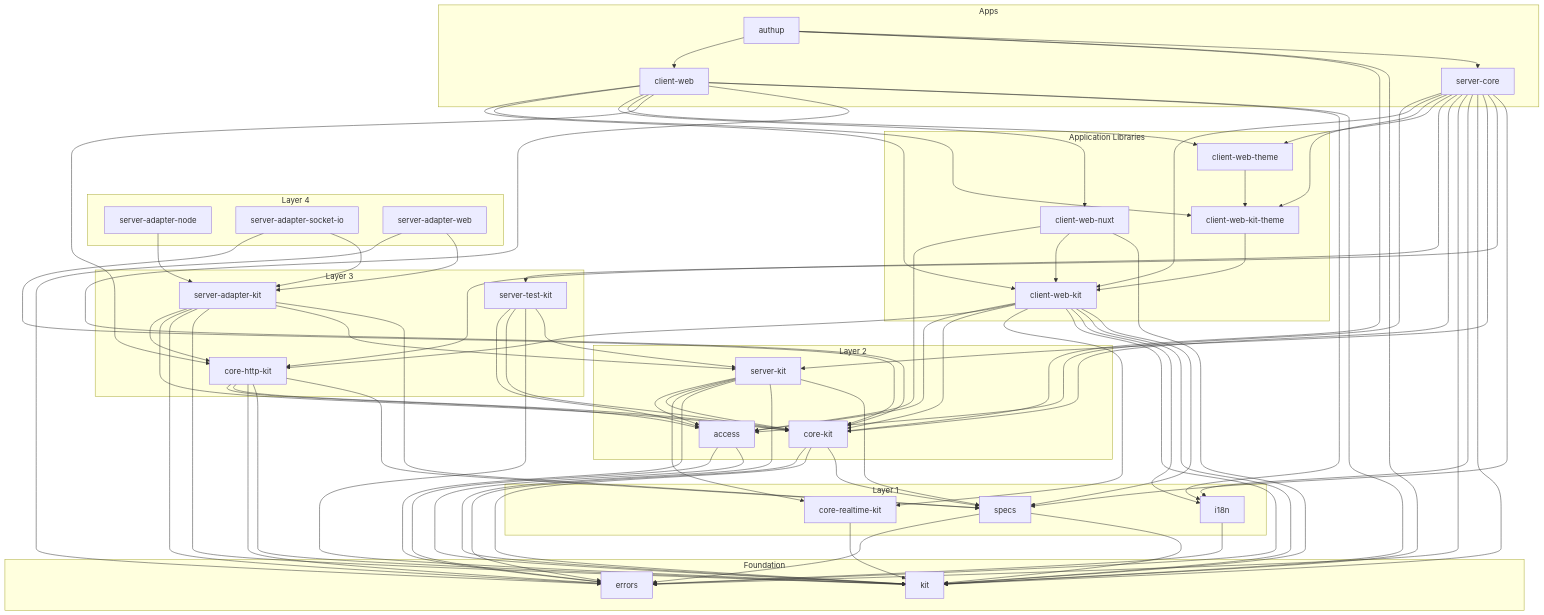
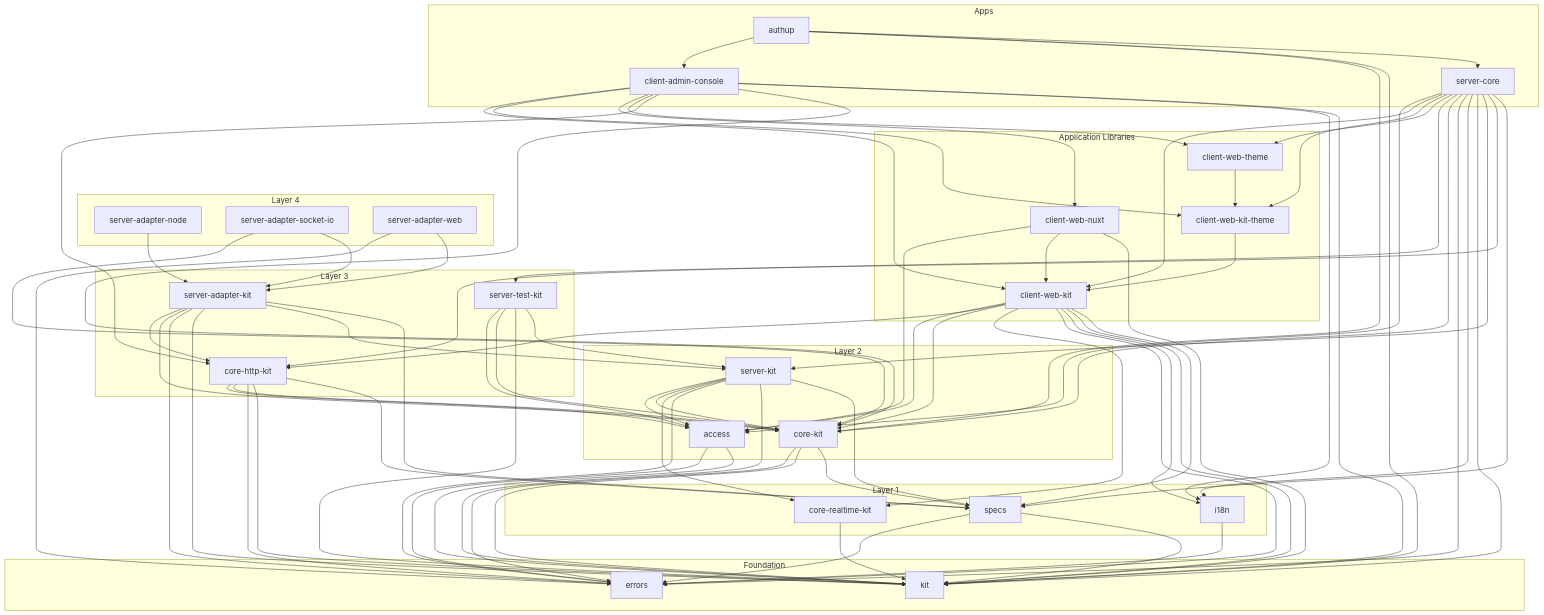
The diagram in DEPENDENCY_GRAPH.md (authup/authup), drawn with Mermaid before and after one commit. The commit also changed 166 other files, not shown here.

First line of the commit message:
refactor!: rename client-web app to client-admin-console (#3370)

```diff
--- a/DEPENDENCY_GRAPH.md
+++ b/DEPENDENCY_GRAPH.md
@@ -42,7 +42,7 @@
 
     subgraph Apps
         server-core
-        client-web
+        client-admin-console
         authup
     end
 
@@ -119,15 +119,15 @@
     server-core --> server-kit
     server-core --> server-test-kit
     server-core --> specs
-    client-web --> client-web-kit
-    client-web --> client-web-kit-theme
-    client-web --> client-web-nuxt
-    client-web --> client-web-theme
-    client-web --> core-http-kit
-    client-web --> core-kit
-    client-web --> i18n
-    client-web --> kit
-    authup --> client-web
+    client-admin-console --> client-web-kit
+    client-admin-console --> client-web-kit-theme
+    client-admin-console --> client-web-nuxt
+    client-admin-console --> client-web-theme
+    client-admin-console --> core-http-kit
+    client-admin-console --> core-kit
+    client-admin-console --> i18n
+    client-admin-console --> kit
+    authup --> client-admin-console
     authup --> core-kit
     authup --> kit
     authup --> server-core
```
